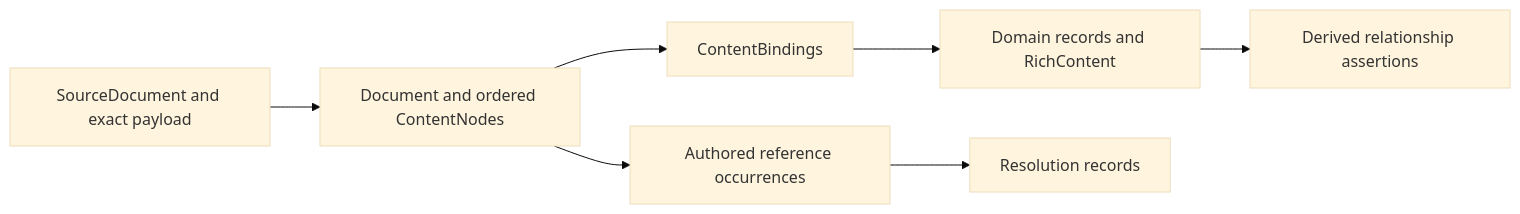
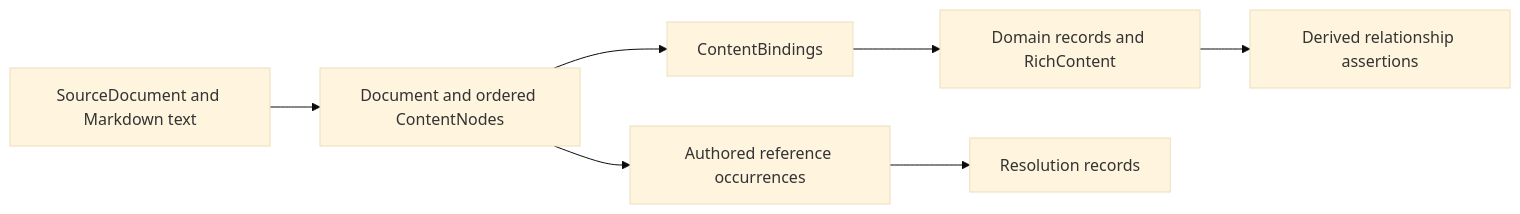
One commit to craigsmitham/dotspec changed the diagram in docs/reference/specification-model.md. Above: the diagram before and after it, drawn with Mermaid (base theme). The commit also changed other lines of this file and 148 other files, not shown here.

````diff
--- a/docs/reference/specification-model.md
+++ b/docs/reference/specification-model.md
@@ -290,9 +272,9 @@
 ```mermaid
 flowchart LR
-    S[SourceDocument and exact payload] --> D[Document and ordered ContentNodes]
+    S[SourceDocument and Markdown text] --> D[Document and ordered ContentNodes]
     D --> B[ContentBindings]
     B --> E[Domain records and RichContent]
     D --> R[Authored reference occurrences]
     R --> T[Resolution records]
     E --> A[Derived relationship assertions]
 ```
````
